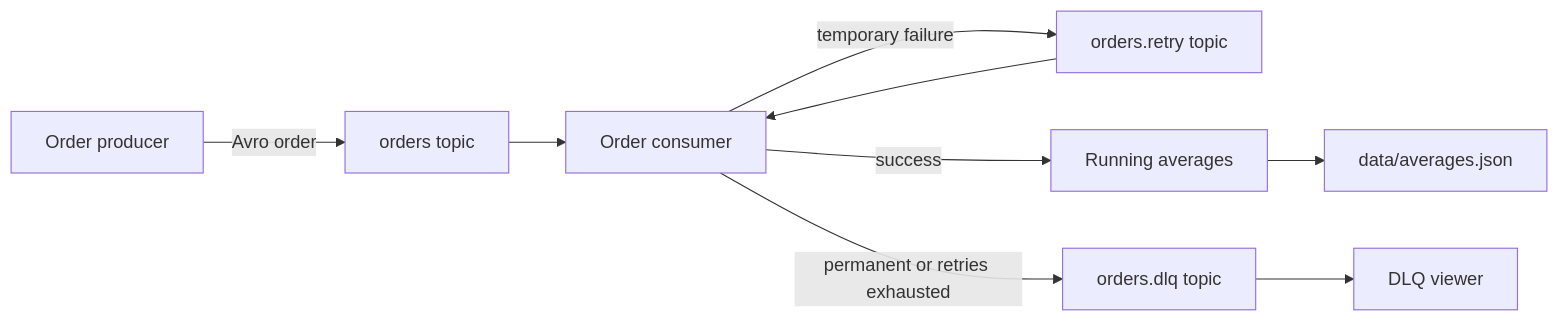
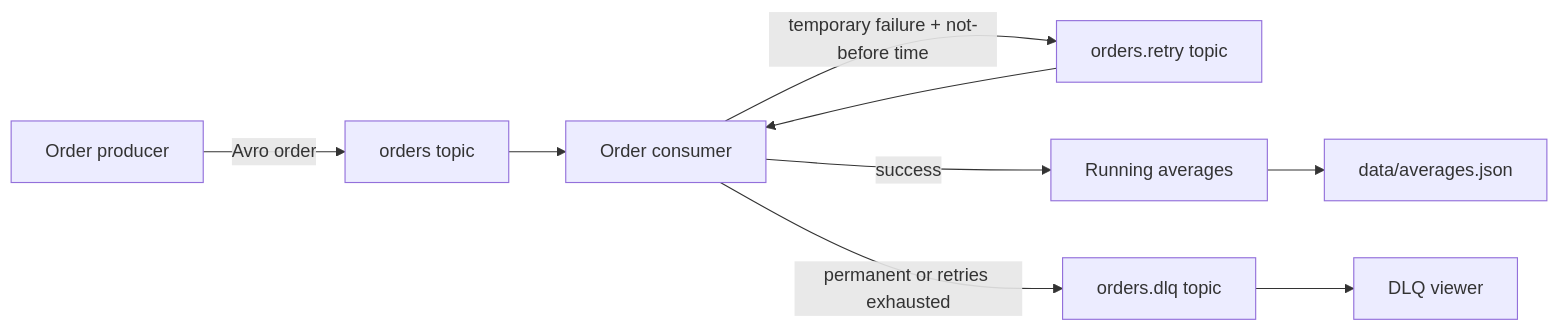
Before and after one commit to TM-threemavithana/kafka-avro-order-processing-system: the diagram in README.md, drawn with Mermaid. The commit also changed other lines of this file and 22 other files, not shown here.

````diff
--- a/README.md
+++ b/README.md
@@ -23,11 +24,11 @@
 ```mermaid
 flowchart LR
     P[Order producer] -->|Avro order| O[orders topic]
     O --> C[Order consumer]
     R[orders.retry topic] --> C
     C -->|success| A[Running averages]
-    C -->|temporary failure| R
+    C -->|temporary failure + not-before time| R
     C -->|permanent or retries exhausted| D[orders.dlq topic]
     D --> V[DLQ viewer]
     A --> S[data/averages.json]
 ```
````
